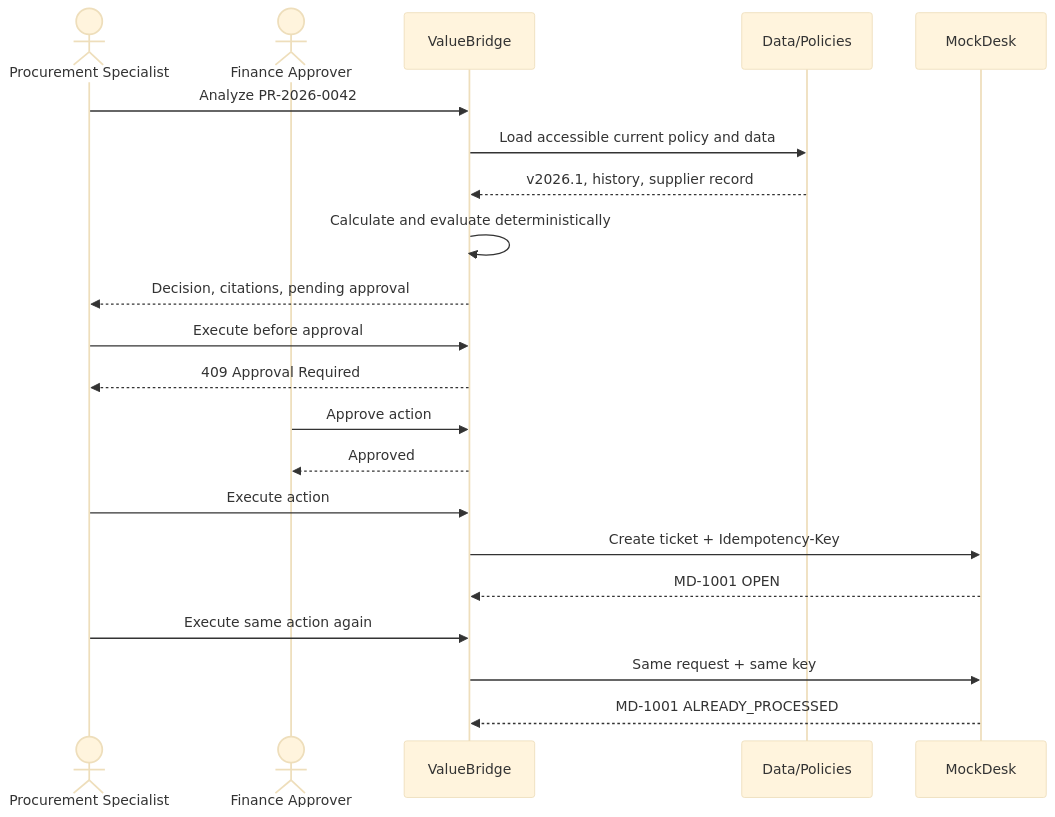
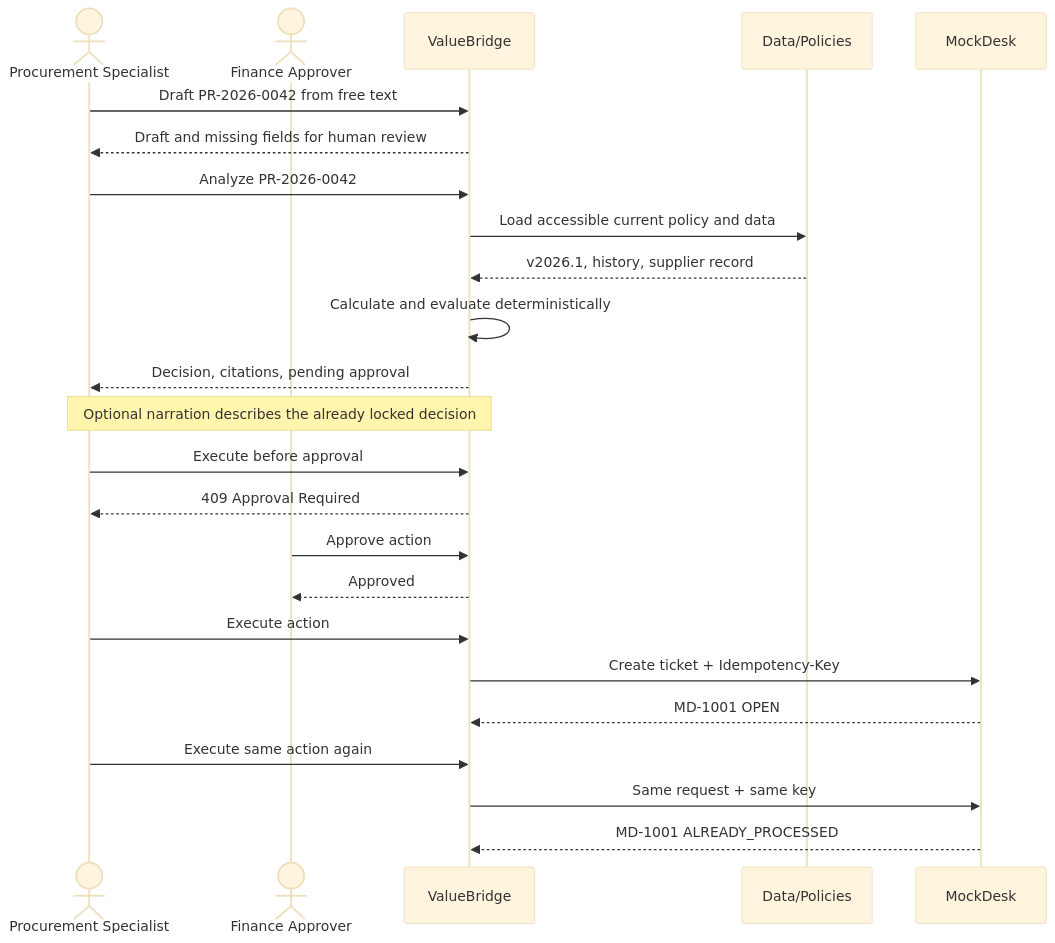
Before and after one commit to MertArtun/valuebridge-procurement-poc: the diagram in docs/diagrams/hero_sequence.mmd, drawn with Mermaid (base theme). The commit also changed 13 other files, not shown here.

```diff
--- a/docs/diagrams/hero_sequence.mmd
+++ b/docs/diagrams/hero_sequence.mmd
@@ -1,22 +1,25 @@
 sequenceDiagram
     actor P as Procurement Specialist
     actor F as Finance Approver
     participant V as ValueBridge
     participant D as Data/Policies
     participant M as MockDesk
 
+    P->>V: Draft PR-2026-0042 from free text
+    V-->>P: Draft and missing fields for human review
     P->>V: Analyze PR-2026-0042
     V->>D: Load accessible current policy and data
     D-->>V: v2026.1, history, supplier record
     V->>V: Calculate and evaluate deterministically
     V-->>P: Decision, citations, pending approval
+    Note over V,P: Optional narration describes the already locked decision
     P->>V: Execute before approval
     V-->>P: 409 Approval Required
     F->>V: Approve action
     V-->>F: Approved
     P->>V: Execute action
     V->>M: Create ticket + Idempotency-Key
     M-->>V: MD-1001 OPEN
     P->>V: Execute same action again
     V->>M: Same request + same key
     M-->>V: MD-1001 ALREADY_PROCESSED
```
